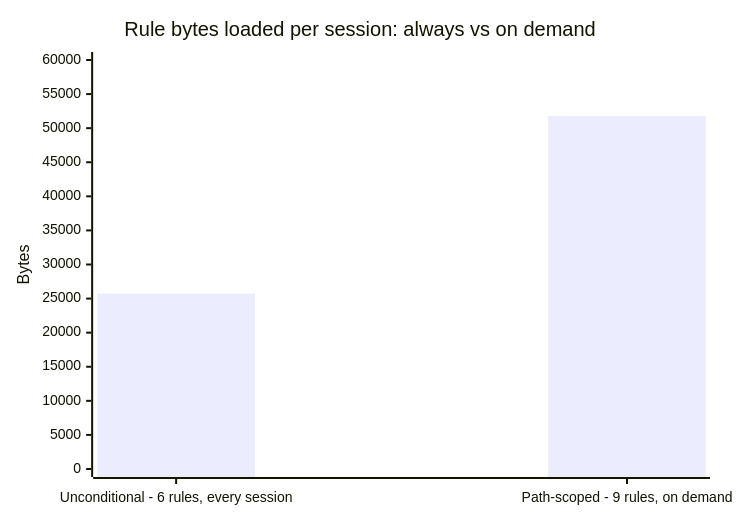
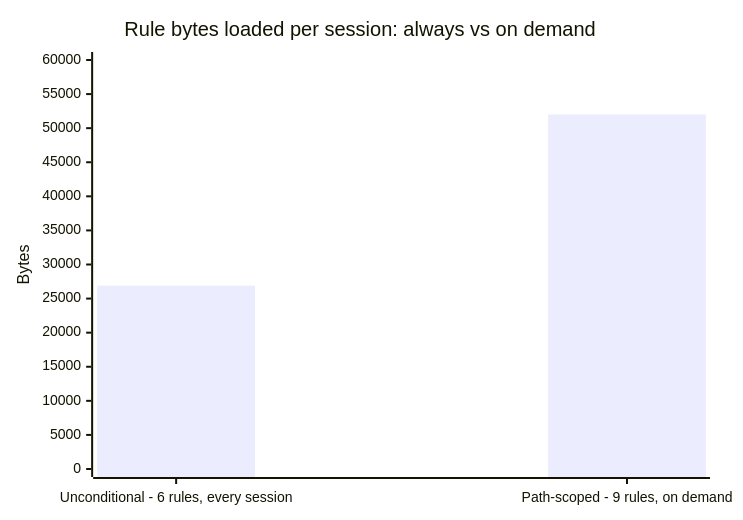
One commit to nguyenhx2/agent-harness-bootstrap changed the first of 3 diagrams in benchmark/RESULTS.md. Above: the diagram before and after it, drawn with Mermaid. The commit also changed other lines of this file and 49 other files, not shown here.

````diff
--- a/benchmark/RESULTS.md
+++ b/benchmark/RESULTS.md
@@ -33,7 +33,7 @@
 ```mermaid
 xychart-beta
     title "Rule bytes loaded per session: always vs on demand"
     x-axis ["Unconditional - 6 rules, every session", "Path-scoped - 9 rules, on demand"]
     y-axis "Bytes" 0 --> 60000
-    bar [25731, 51785]
+    bar [26902, 52011]
 ```
````
